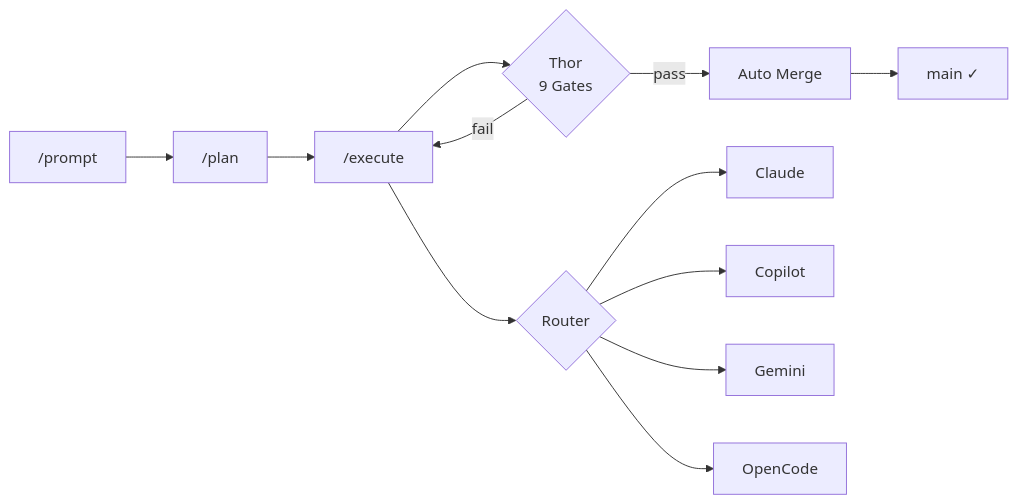
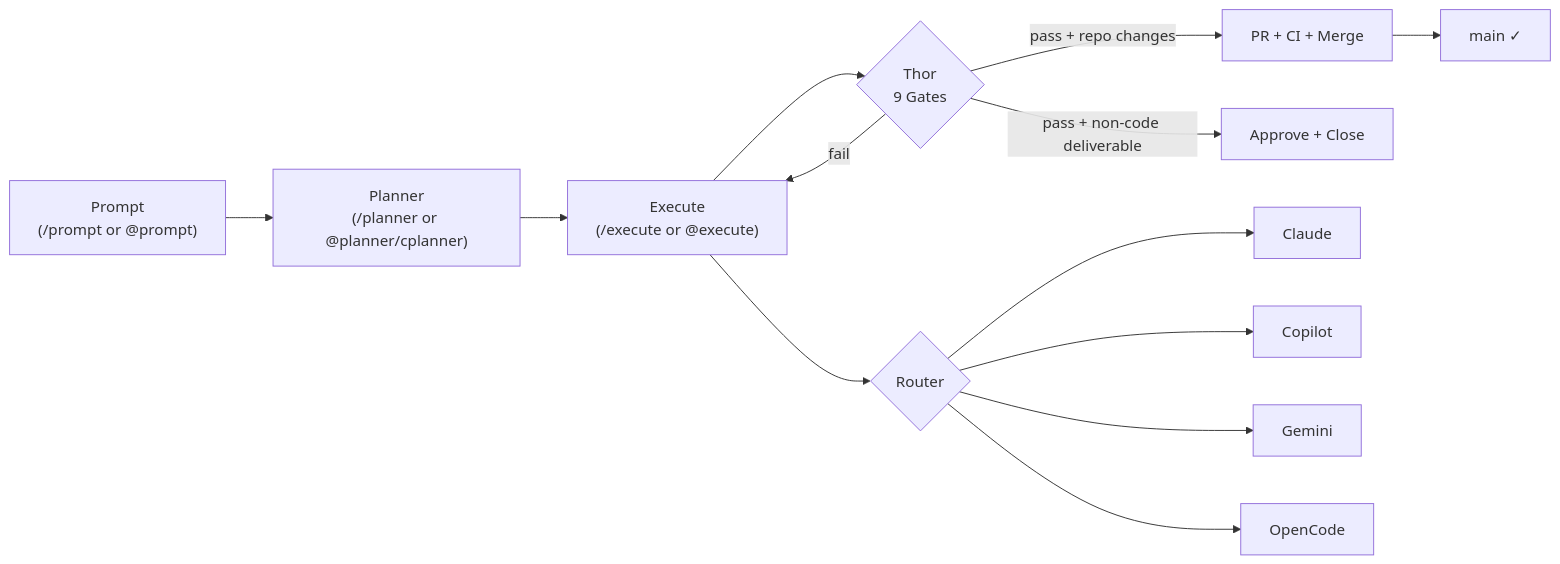
Before and after one commit to Roberdan/MyConvergio: the first of 5 diagrams in README.md, drawn with Mermaid. The commit also changed other lines of this file and 11 other files, not shown here.

````diff
--- a/README.md
+++ b/README.md
@@ -143,15 +143,16 @@
 ```mermaid
 flowchart LR
-    A["/prompt"] --> B["/plan"]
-    B --> C["/execute"]
+    A["Prompt\n(/prompt or @prompt)"] --> B["Planner\n(/planner or @planner/cplanner)"]
+    B --> C["Execute\n(/execute or @execute)"]
     C --> D{"Thor\n9 Gates"}
     D -->|fail| C
-    D -->|pass| E["Auto Merge"]
-    E --> F["main ✓"]
+    D -->|pass + repo changes| E["PR + CI + Merge"]
+    D -->|pass + non-code deliverable| F["Approve + Close"]
+    E --> G["main ✓"]
 
     C --> R{Router}
     R --> P1["Claude"]
     R --> P2["Copilot"]
     R --> P3["Gemini"]
     R --> P4["OpenCode"]
 ```
````
